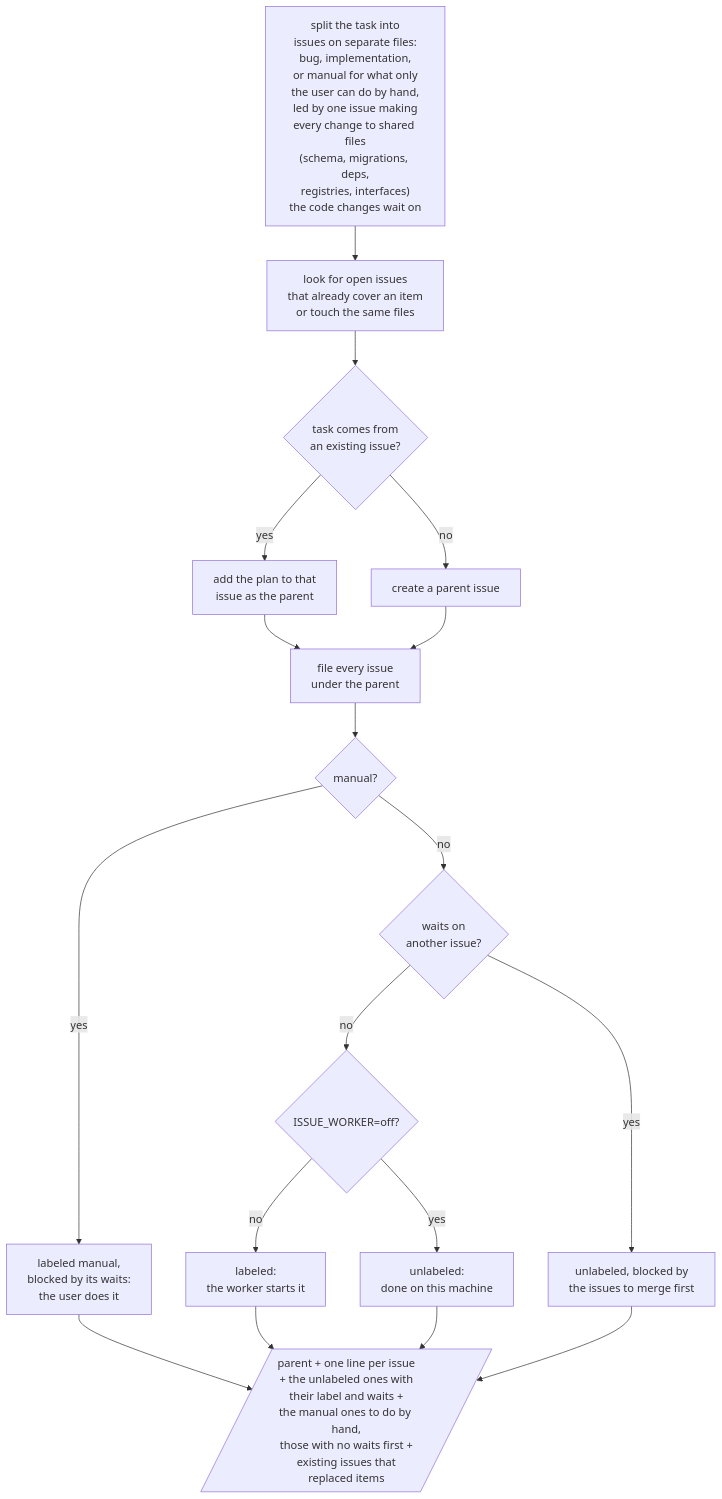
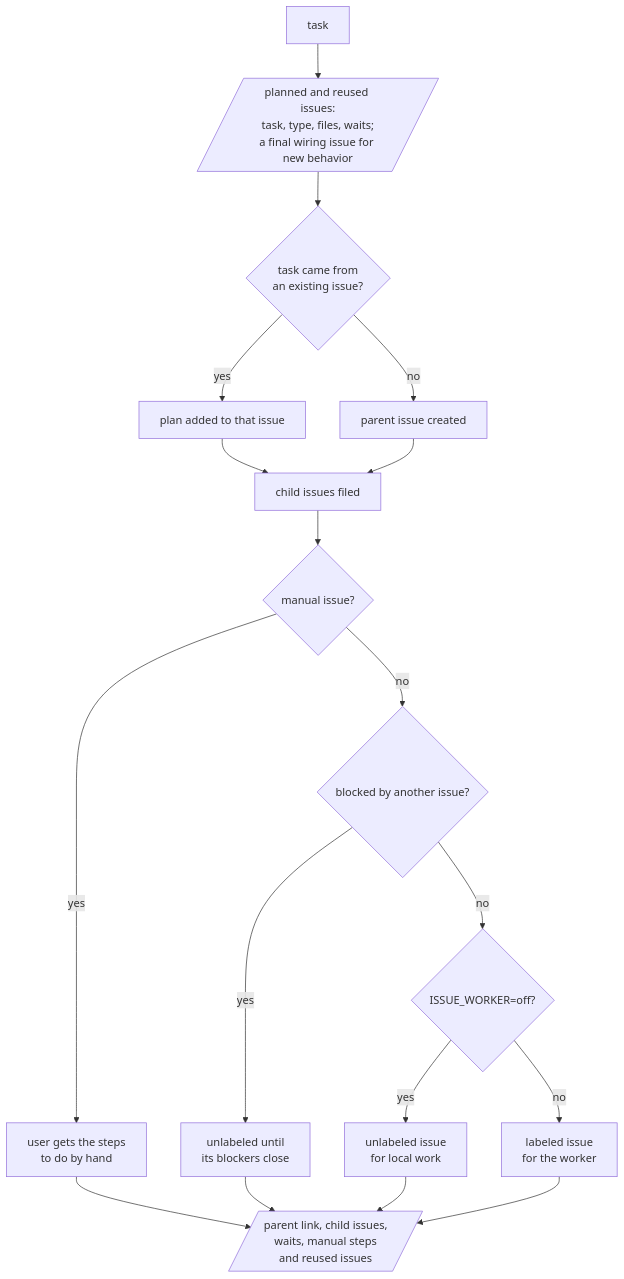
Before and after one commit to omni-stove/skill-kit: the diagram in shared/skills/delegate/README.md, drawn with Mermaid. The commit also changed 3 other files, not shown here.

Commit message:
Keep delegate work disconnected until final wiring and preview issue plans

````diff
--- a/shared/skills/delegate/README.md
+++ b/shared/skills/delegate/README.md
@@ -3,21 +3,20 @@
 ```mermaid
 flowchart TD
-  split["split the task into<br/>issues on separate files:<br/>bug, implementation,<br/>or manual for what only<br/>the user can do by hand,<br/>led by one issue making<br/>every change to shared files<br/>(schema, migrations, deps,<br/>registries, interfaces)<br/>the code changes wait on"]
-  split --> similar[look for open issues<br/>that already cover an item<br/>or touch the same files]
-  similar --> origin{task comes from<br/>an existing issue?}
-  origin -- "yes" --> comment[add the plan to that<br/>issue as the parent]
-  origin -- "no" --> parent[create a parent issue]
-  comment --> create[file every issue<br/>under the parent]
-  create --> kind{manual?}
-  kind -- "yes" --> manual[labeled manual,<br/>blocked by its waits:<br/>the user does it]
-  kind -- "no" --> wait{waits on<br/>another issue?}
-  wait -- "no" --> off{ISSUE_WORKER=off?}
-  off -- "no" --> now[labeled:<br/>the worker starts it]
-  off -- "yes" --> local[unlabeled:<br/>done on this machine]
-  wait -- "yes" --> later[unlabeled, blocked by<br/>the issues to merge first]
-  parent --> create
-  now --> report[/"parent + one line per issue<br/>+ the unlabeled ones with<br/>their label and waits +<br/>the manual ones to do by hand,<br/>those with no waits first +<br/>existing issues that<br/>replaced items"/]
+  task[task] --> preview[/planned and reused issues:<br/>task, type, files, waits;<br/>a final wiring issue for new behavior/]
+  preview --> origin{task came from<br/>an existing issue?}
+  origin -- "yes" --> existing[plan added to that issue]
+  origin -- "no" --> parent[parent issue created]
+  existing --> issues[child issues filed]
+  parent --> issues
+  issues --> kind{manual issue?}
+  kind -- "yes" --> manual[user gets the steps<br/>to do by hand]
+  kind -- "no" --> wait{blocked by another issue?}
+  wait -- "yes" --> later[unlabeled until<br/>its blockers close]
+  wait -- "no" --> worker{ISSUE_WORKER=off?}
+  worker -- "yes" --> local[unlabeled issue<br/>for local work]
+  worker -- "no" --> now[labeled issue<br/>for the worker]
+  manual --> report[/parent link, child issues,<br/>waits, manual steps<br/>and reused issues/]
   later --> report
   local --> report
-  manual --> report
+  now --> report
 ```
````
